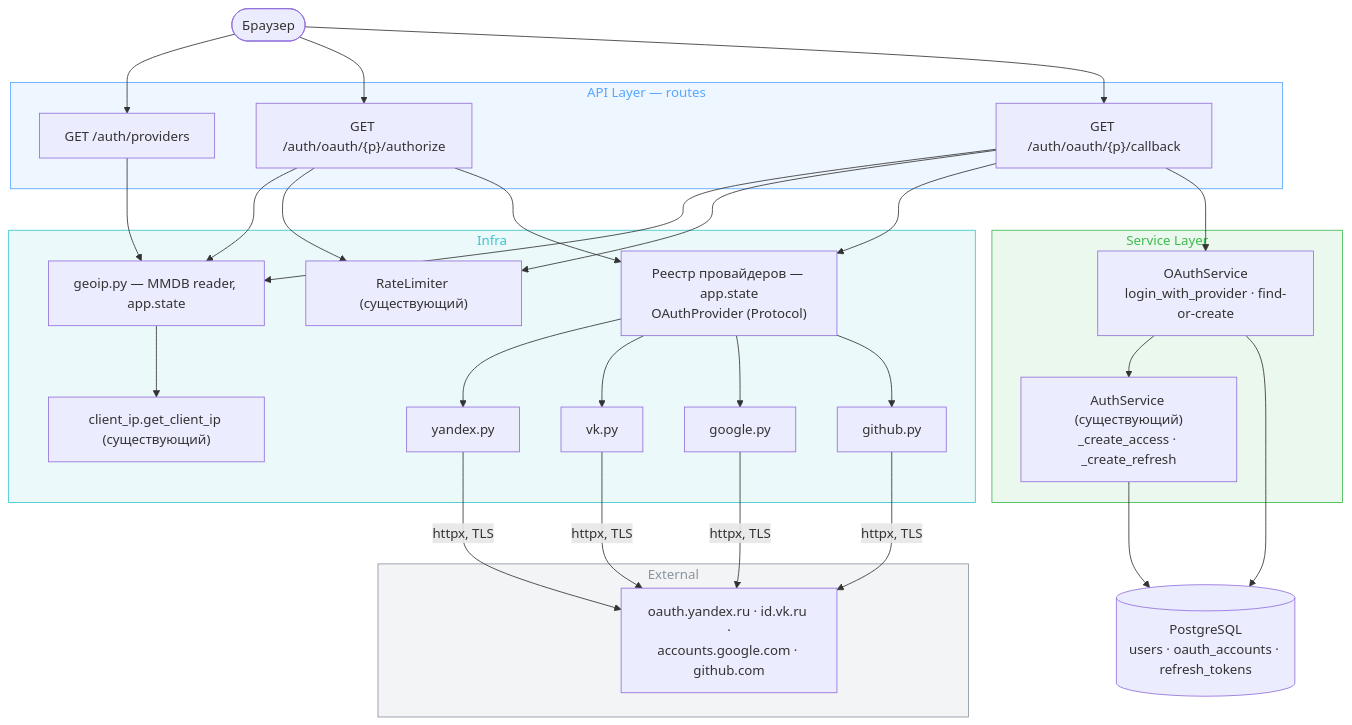
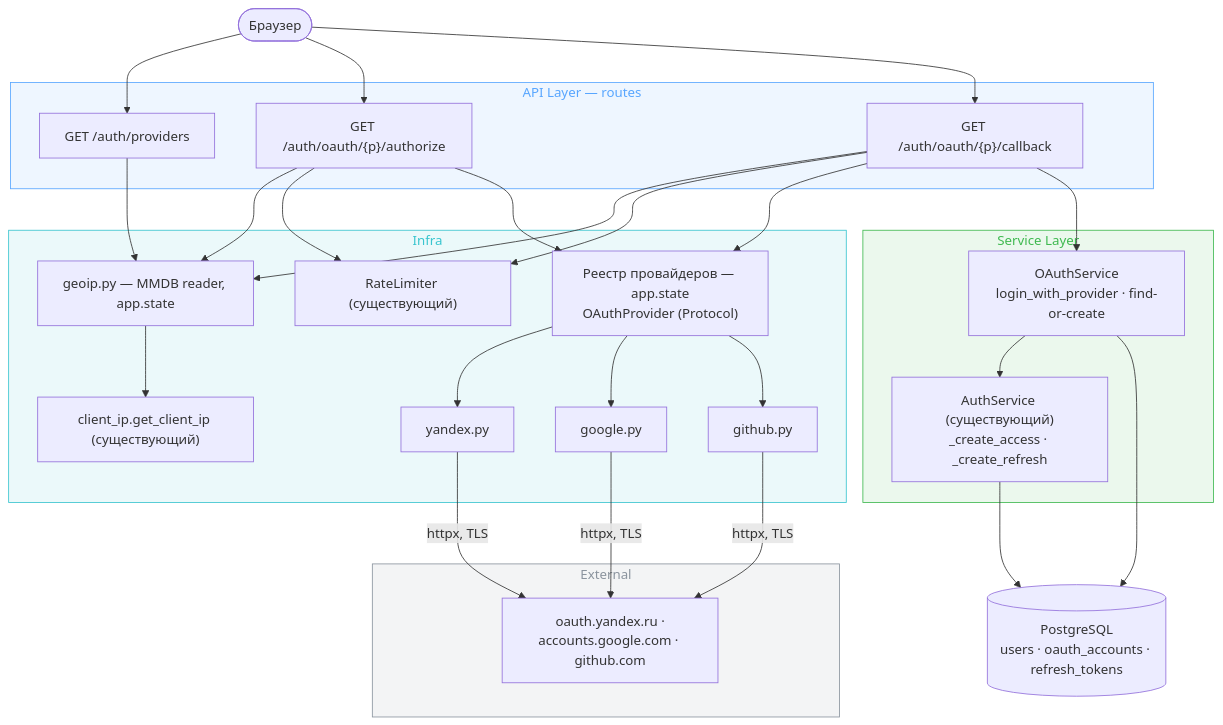
Before and after one commit to Bbar0n234/learnflow-ai: the second of 5 diagrams in doc/tasks/iterations/dogfooding/feat-008-oauth-auth-screens/design-brief.md, drawn with Mermaid. The commit also changed other lines of this file, not shown here.

````diff
--- a/doc/tasks/iterations/dogfooding/feat-008-oauth-auth-screens/design-brief.md
+++ b/doc/tasks/iterations/dogfooding/feat-008-oauth-auth-screens/design-brief.md
@@ -52,55 +52,54 @@
 ```mermaid
 flowchart TB
     U([Браузер])
 
     subgraph API [API Layer — routes]
         PR["GET /auth/providers"]
         AZ["GET /auth/oauth/{p}/authorize"]
         CB["GET /auth/oauth/{p}/callback"]
     end
 
     subgraph SVC [Service Layer]
         OS["OAuthService<br/>login_with_provider · find-or-create"]
         AS["AuthService (существующий)<br/>_create_access · _create_refresh"]
     end
 
     subgraph INFRA [Infra]
         REG["Реестр провайдеров — app.state<br/>OAuthProvider (Protocol)"]
         Y["yandex.py"]
-        V["vk.py"]
         G["google.py"]
         H["github.py"]
         GEO["geoip.py — MMDB reader, app.state"]
         CIP["client_ip.get_client_ip (существующий)"]
         RL["RateLimiter (существующий)"]
     end
 
     subgraph EXT [External]
-        PYA["oauth.yandex.ru · id.vk.ru ·<br/>accounts.google.com · github.com"]
+        PYA["oauth.yandex.ru ·<br/>accounts.google.com · github.com"]
     end
 
     PG[("PostgreSQL<br/>users · oauth_accounts · refresh_tokens")]
 
     U --> PR
     U --> AZ
     U --> CB
     PR --> GEO
     AZ --> GEO
     AZ --> RL
     CB --> GEO
     CB --> RL
     GEO --> CIP
     AZ --> REG
     CB --> REG
-    REG --> Y & V & G & H
-    Y & V & G & H -->|httpx, TLS| PYA
+    REG --> Y & G & H
+    Y & G & H -->|httpx, TLS| PYA
     CB --> OS
     OS --> AS
     OS --> PG
     AS --> PG
 
     style API fill:#58a6ff1a,stroke:#58a6ff,color:#58a6ff
     style SVC fill:#3fb9501a,stroke:#3fb950,color:#3fb950
     style INFRA fill:#39c5cf1a,stroke:#39c5cf,color:#39c5cf
     style EXT fill:#8b949e1a,stroke:#8b949e,color:#8b949e
 ```
````
